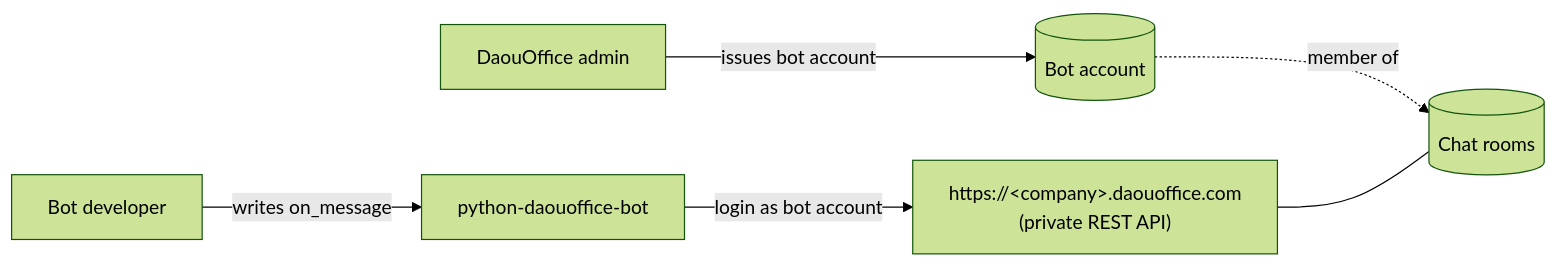
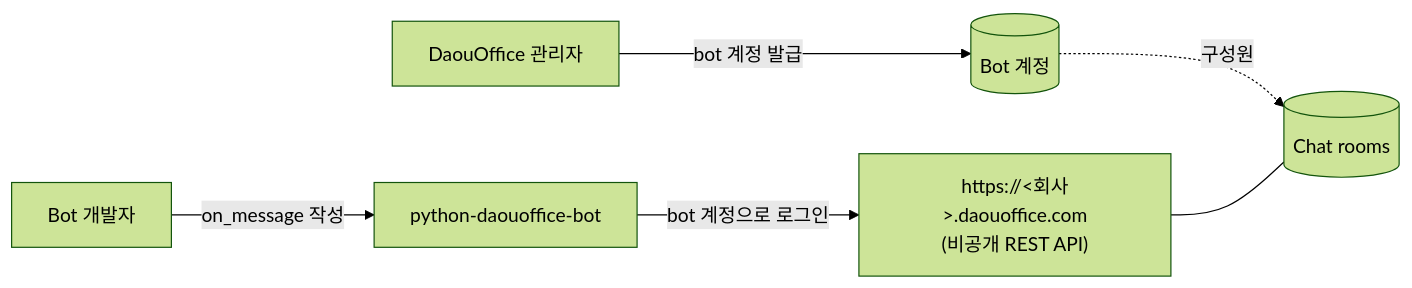
One commit to junsik/python-daouoffice-bot changed the first of 5 diagrams in docs/ARCHITECTURE.md. Above: the diagram before and after it, drawn with Mermaid (forest theme). The commit also changed other lines of this file and 5 other files, not shown here.

````diff
--- a/docs/ARCHITECTURE.md
+++ b/docs/ARCHITECTURE.md
@@ -9,8 +9,8 @@
 ```mermaid
 flowchart LR
-    dev[Bot developer] -->|writes on_message| sdk[python-daouoffice-bot]
-    admin[DaouOffice admin] -->|issues bot account| acct[(Bot account)]
-    sdk -->|login as bot account| tenant["https://&lt;company&gt;.daouoffice.com<br/>(private REST API)"]
-    acct -. member of .-> rooms[(Chat rooms)]
+    dev[Bot 개발자] -->|on_message 작성| sdk[python-daouoffice-bot]
+    admin[DaouOffice 관리자] -->|bot 계정 발급| acct[(Bot 계정)]
+    sdk -->|bot 계정으로 로그인| tenant["https://&lt;회사&gt;.daouoffice.com<br/>(비공개 REST API)"]
+    acct -. 구성원 .-> rooms[(Chat rooms)]
     tenant --- rooms
 ```
````
